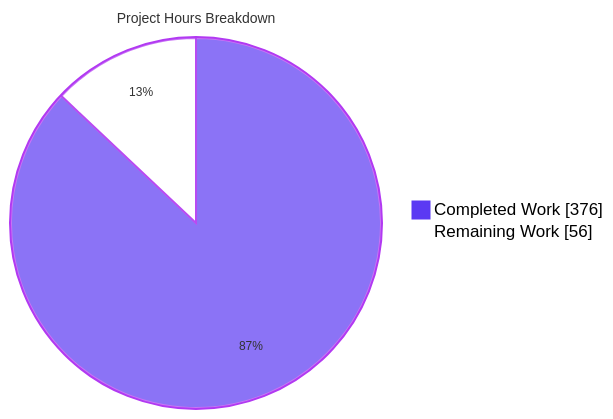
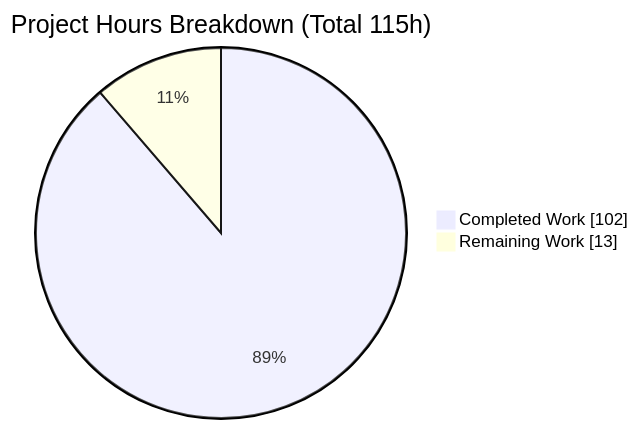
Before and after one commit to Blitzy-Sandbox/blitzy-odoo: the second of 3 diagrams in blitzy/documentation/Project Guide.md, drawn with Mermaid. The commit also changed other lines of this file, not shown here.

Commit message:
Adding Blitzy Project Guide: Project Status and Human Tasks Remaining

````diff
--- a/blitzy/documentation/Project Guide.md
+++ b/blitzy/documentation/Project Guide.md
@@ -395,6 +214,5 @@
 ```mermaid
-%%{init: {'theme':'base','themeVariables':{'pie1':'#5B39F3','pie2':'#FFFFFF','pieStrokeColor':'#B23AF2','pieOuterStrokeColor':'#B23AF2','pieOuterStrokeWidth':'2px','pieTitleTextSize':'14px','pieSectionTextSize':'12px','pieLegendTextColor':'#000000'}}}%%
-pie showData title Project Hours Breakdown
-    "Completed Work" : 376
-    "Remaining Work" : 56
+pie showData title Project Hours Breakdown (Total 115h)
+    "Completed Work" : 102
+    "Remaining Work" : 13
 ```
````
